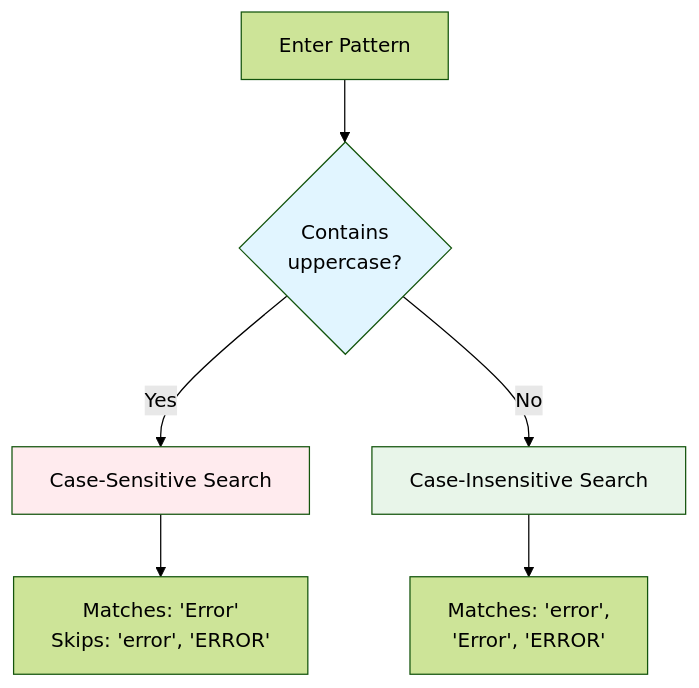
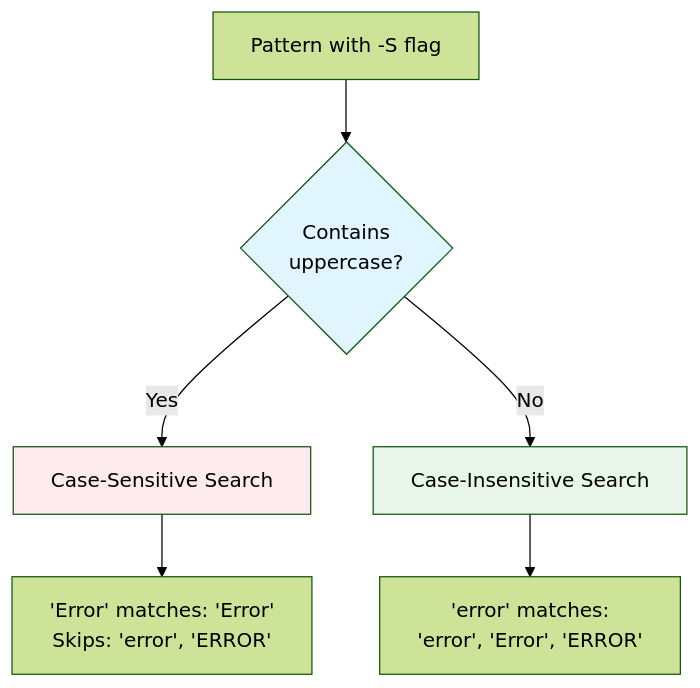
Before and after one commit to iepathos/ripgrep: the first of 3 diagrams in docs/common-options/search-basics.md, drawn with Mermaid (forest theme). The commit also changed other lines of this file, not shown here.

First line of the commit message:
docs: fix drift in ripgrep page 'search basics'

````diff
--- a/docs/common-options/search-basics.md
+++ b/docs/common-options/search-basics.md
@@ -9,16 +27,16 @@
-```mermaid
-flowchart TD
-    Start[Enter Pattern] --> HasUpper{"Contains
-uppercase?"}
-    HasUpper -->|Yes| CaseSens[Case-Sensitive Search]
-    HasUpper -->|No| CaseInsens[Case-Insensitive Search]
+  ```mermaid
+  flowchart TD
+      Start[Pattern with -S flag] --> HasUpper{"Contains
+  uppercase?"}
+      HasUpper -->|Yes| CaseSens[Case-Sensitive Search]
+      HasUpper -->|No| CaseInsens[Case-Insensitive Search]
 
-    CaseSens --> Ex1["Matches: 'Error'
-Skips: 'error', 'ERROR'"]
-    CaseInsens --> Ex2["Matches: 'error',
-'Error', 'ERROR'"]
+      CaseSens --> Ex1["'Error' matches: 'Error'
+  Skips: 'error', 'ERROR'"]
+      CaseInsens --> Ex2["'error' matches:
+  'error', 'Error', 'ERROR'"]
 
-    style HasUpper fill:#e1f5ff
-    style CaseSens fill:#ffebee
-    style CaseInsens fill:#e8f5e9
-```
+      style HasUpper fill:#e1f5ff
+      style CaseSens fill:#ffebee
+      style CaseInsens fill:#e8f5e9
+  ```
````
